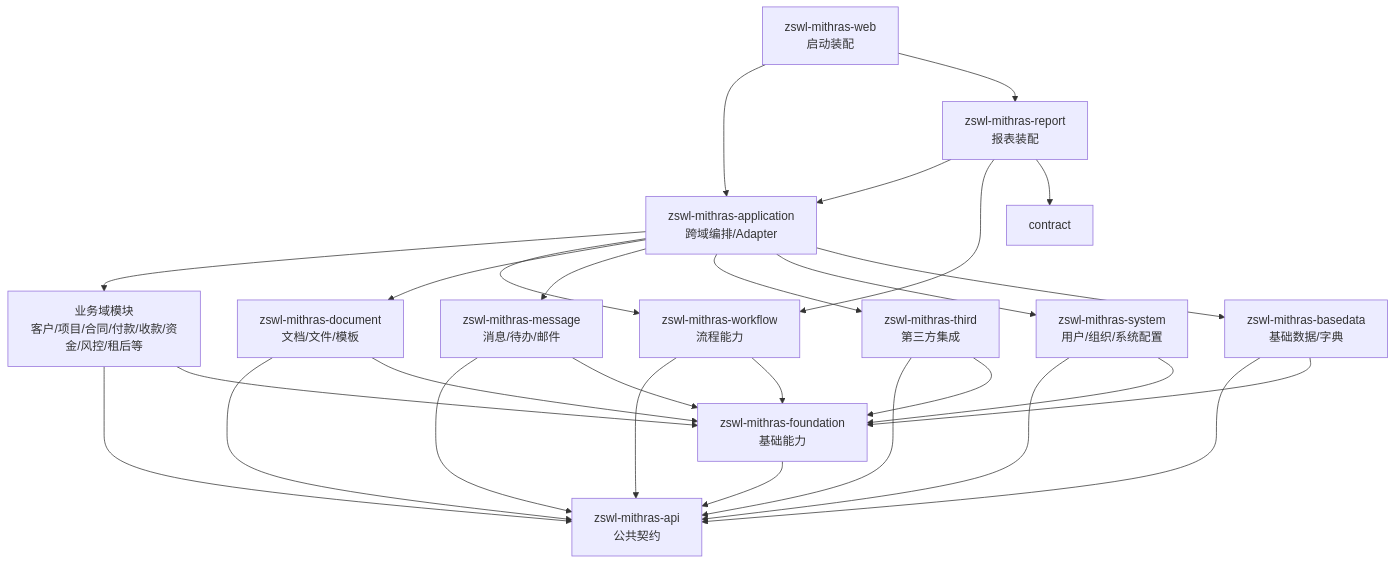
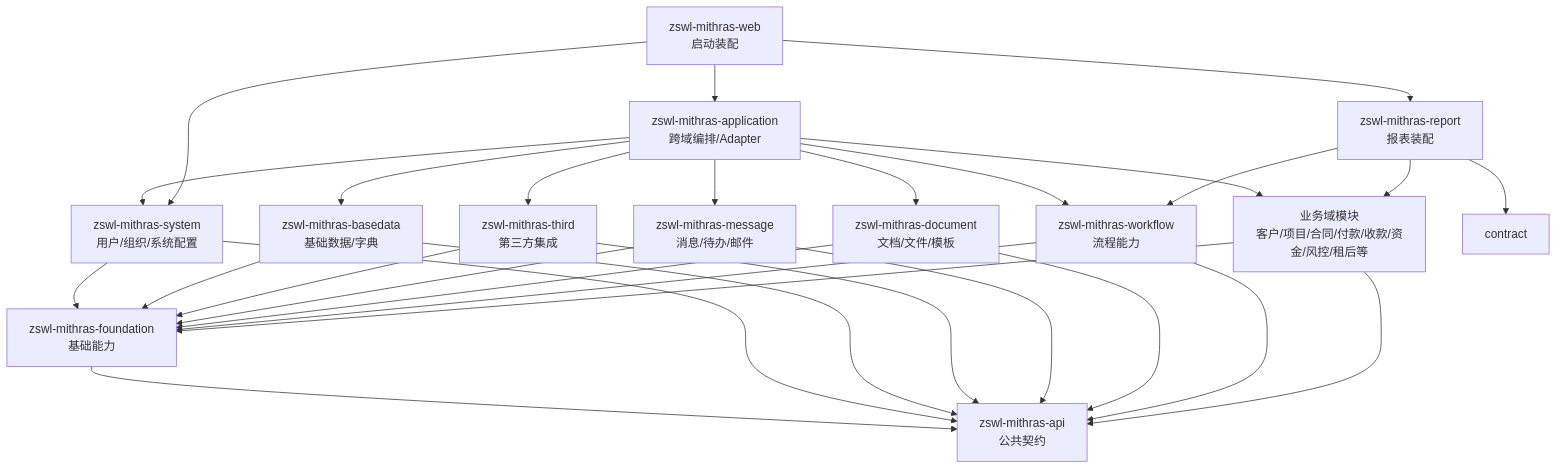
Before and after one commit to caochun/zswl-mithras: the first of 7 diagrams in README.md, drawn with Mermaid. The commit also changed other lines of this file and 1417 other files, not shown here.

````diff
--- a/README.md
+++ b/README.md
@@ -23,48 +25,49 @@
 ```mermaid
 flowchart TD
     web[zswl-mithras-web<br/>启动装配]
     report[zswl-mithras-report<br/>报表装配]
     app[zswl-mithras-application<br/>跨域编排/Adapter]
 
     api[zswl-mithras-api<br/>公共契约]
     foundation[zswl-mithras-foundation<br/>基础能力]
     system[zswl-mithras-system<br/>用户/组织/系统配置]
 
     workflow[zswl-mithras-workflow<br/>流程能力]
     document[zswl-mithras-document<br/>文档/文件/模板]
     message[zswl-mithras-message<br/>消息/待办/邮件]
     third[zswl-mithras-third<br/>第三方集成]
     basedata[zswl-mithras-basedata<br/>基础数据/字典]
 
     domains[业务域模块<br/>客户/项目/合同/付款/收款/资金/风控/租后等]
 
     web --> app
+    web --> system
     web --> report
-    report --> app
     report --> workflow
     report --> contract
+    report --> domains
 
     app --> domains
     app --> workflow
     app --> document
     app --> message
     app --> third
     app --> system
     app --> basedata
 
     domains --> api
     domains --> foundation
     workflow --> api
     workflow --> foundation
     document --> api
     document --> foundation
     message --> api
     message --> foundation
     third --> api
     third --> foundation
     basedata --> api
     basedata --> foundation
     system --> api
     system --> foundation
     foundation --> api
 ```
````
